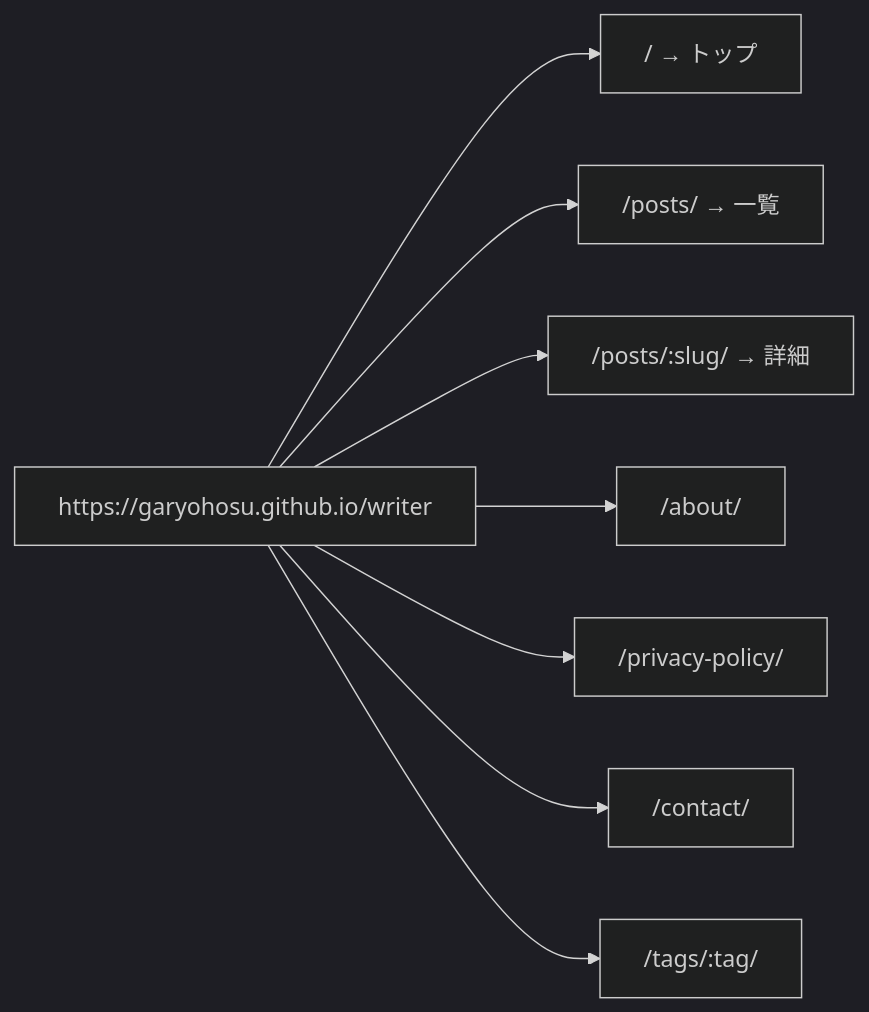
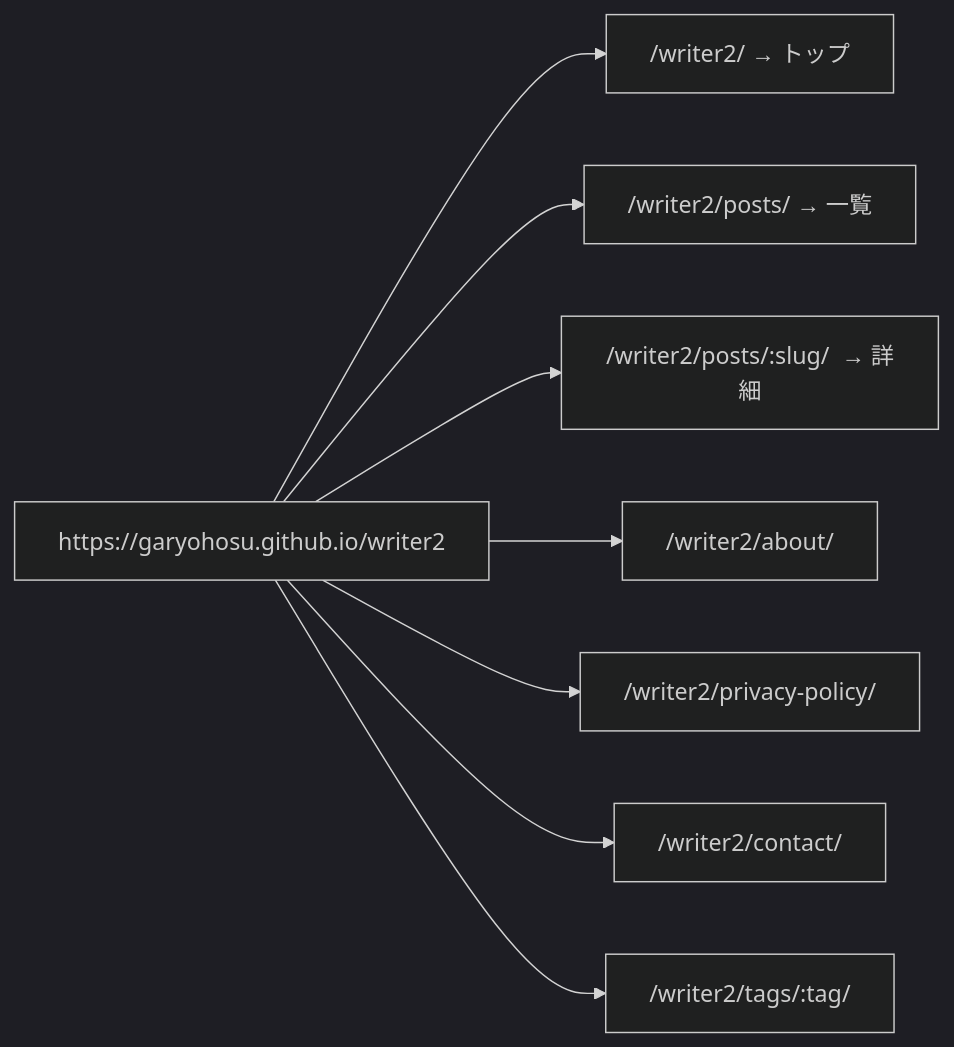
Before and after one commit to garyohosu/writer2: the eighth of 8 diagrams in UI.md, drawn with Mermaid (dark theme). The commit also changed other lines of this file and 2 other files, not shown here.

````diff
--- a/UI.md
+++ b/UI.md
@@ -187,11 +186,11 @@
 ```mermaid
 graph LR
-    BASE["https://garyohosu.github.io/writer"]
-    BASE --> R["/  → トップ"]
-    BASE --> P["/posts/  → 一覧"]
-    BASE --> PS["/posts/:slug/  → 詳細"]
-    BASE --> A["/about/"]
-    BASE --> PV["/privacy-policy/"]
-    BASE --> C["/contact/"]
-    BASE --> T["/tags/:tag/"]
+    BASE["https://garyohosu.github.io/writer2"]
+    BASE --> R["/writer2/  → トップ"]
+    BASE --> P["/writer2/posts/  → 一覧"]
+    BASE --> PS["/writer2/posts/:slug/  → 詳細"]
+    BASE --> A["/writer2/about/"]
+    BASE --> PV["/writer2/privacy-policy/"]
+    BASE --> C["/writer2/contact/"]
+    BASE --> T["/writer2/tags/:tag/"]
 ```
````
